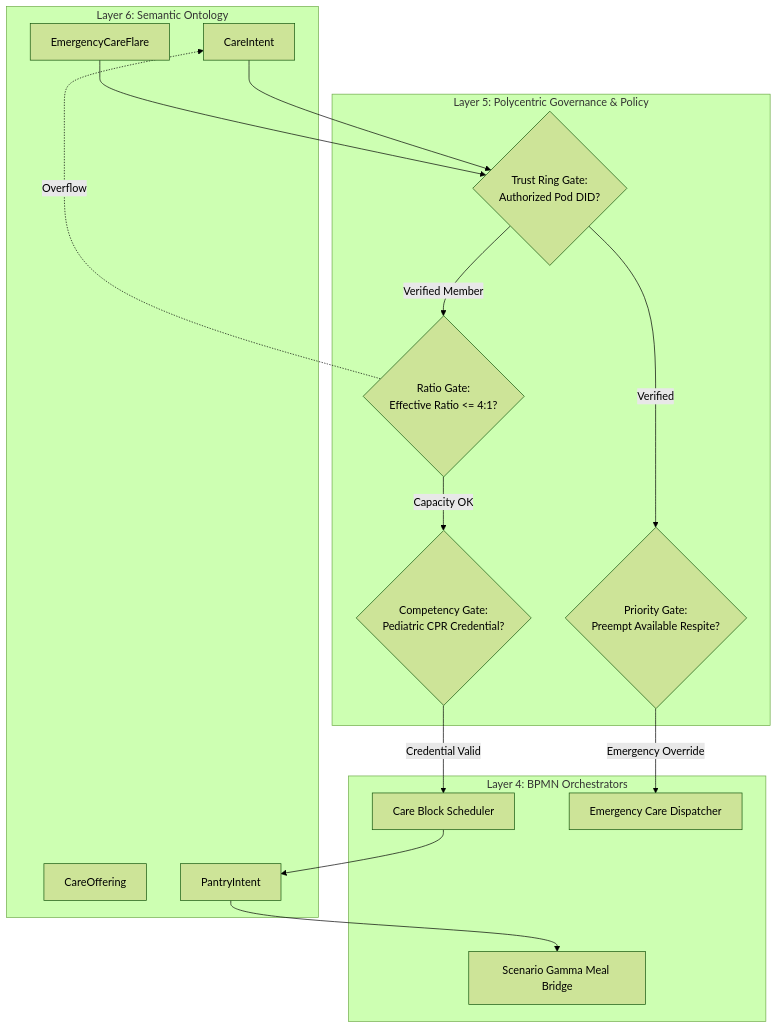
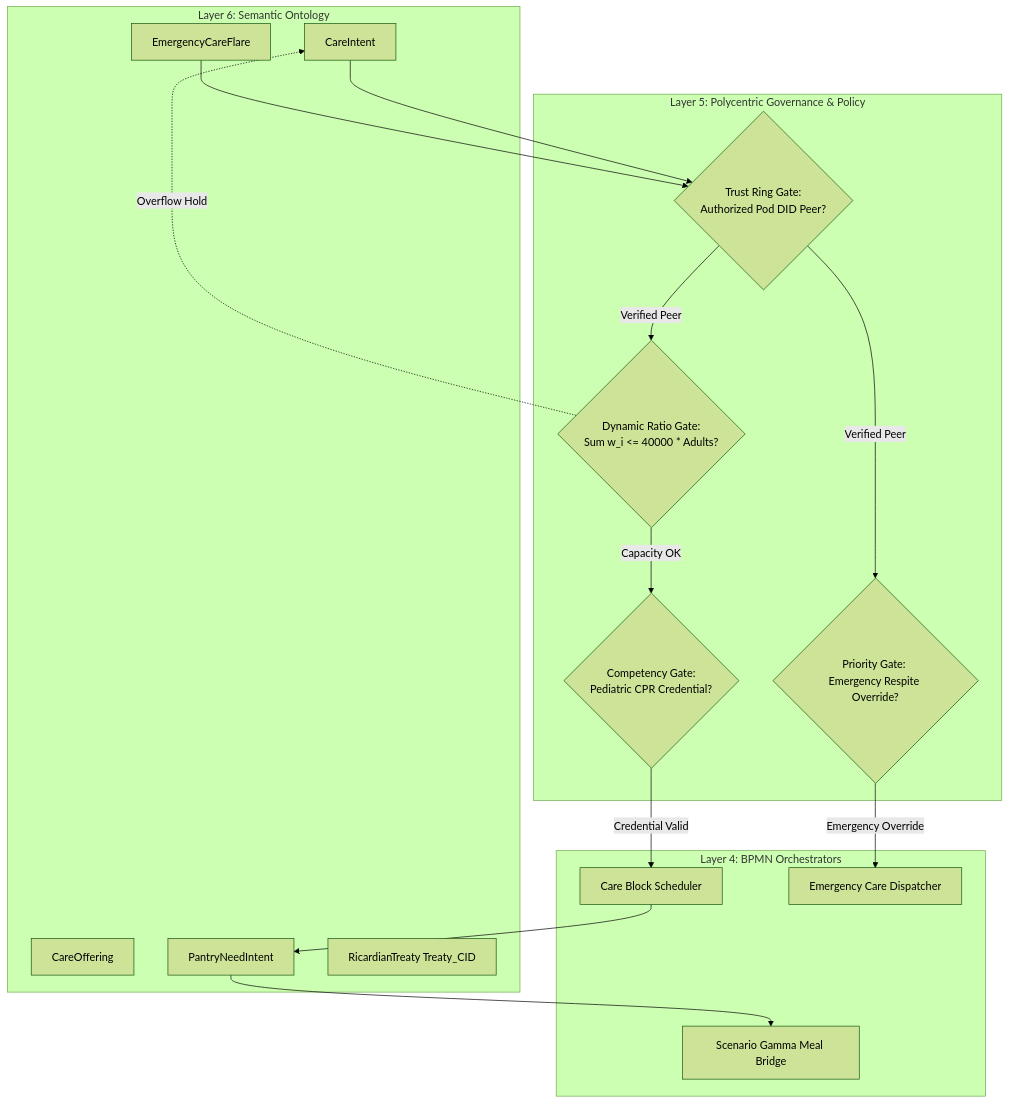
The third of 4 diagrams in docs/scenarios/delta_childcare.md (raffaine/collective), drawn with Mermaid (forest theme) before and after one commit. The commit also changed other lines of this file and 23 other files, not shown here.

````diff
--- a/docs/scenarios/delta_childcare.md
+++ b/docs/scenarios/delta_childcare.md
@@ -120,35 +141,36 @@
 ```mermaid
 graph TD
     subgraph Layer 6: Semantic Ontology
         L6_Care[CareIntent]
         L6_Flare[EmergencyCareFlare]
         L6_Offer[CareOffering]
-        L6_Pantry[PantryIntent]
+        L6_Pantry[PantryNeedIntent]
+        L6_Treaty[RicardianTreaty Treaty_CID]
     end
 
     subgraph Layer 5: Polycentric Governance & Policy
-        P_Ring{Trust Ring Gate: <br>Authorized Pod DID?}
-        P_Ratio{Ratio Gate: <br>Effective Ratio <= 4:1?}
+        P_Ring{Trust Ring Gate: <br>Authorized Pod DID Peer?}
+        P_Ratio{Dynamic Ratio Gate: <br>Sum w_i <= 40000 * Adults?}
         P_Skill{Competency Gate: <br>Pediatric CPR Credential?}
-        P_Flare{Priority Gate: <br>Preempt Available Respite?}
+        P_Flare{Priority Gate: <br>Emergency Respite Override?}
     end
 
     subgraph Layer 4: BPMN Orchestrators
         BPMN_Care[Care Block Scheduler]
         BPMN_Crisis[Emergency Care Dispatcher]
         BPMN_Kitchen[Scenario Gamma Meal Bridge]
     end
 
     L6_Care --> P_Ring
-    P_Ring -->|Verified Member| P_Ratio
+    P_Ring -->|Verified Peer| P_Ratio
     P_Ratio -->|Capacity OK| P_Skill
     P_Skill -->|Credential Valid| BPMN_Care
-    P_Ratio -.->|Overflow| L6_Care
+    P_Ratio -.->|Overflow Hold| L6_Care
 
     L6_Flare --> P_Ring
-    P_Ring -->|Verified| P_Flare
+    P_Ring -->|Verified Peer| P_Flare
     P_Flare -->|Emergency Override| BPMN_Crisis
 
     BPMN_Care --> L6_Pantry
     L6_Pantry --> BPMN_Kitchen
 ```
````
